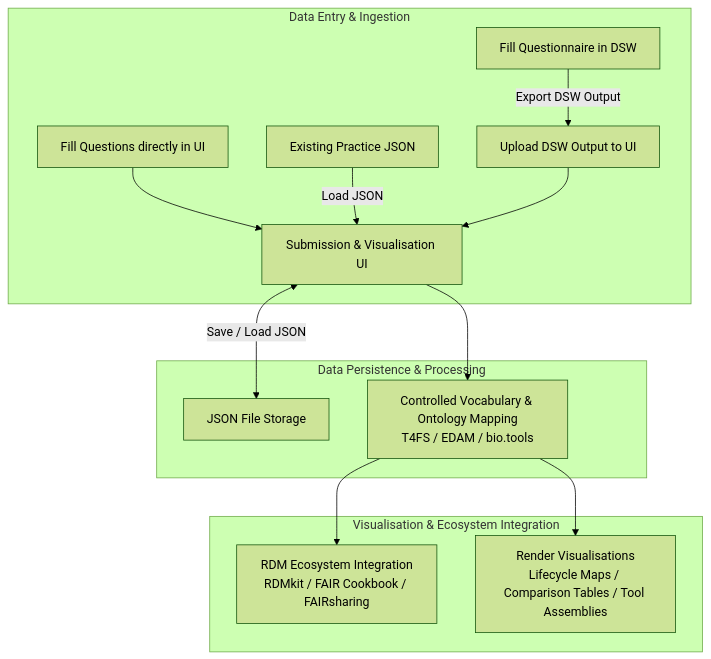
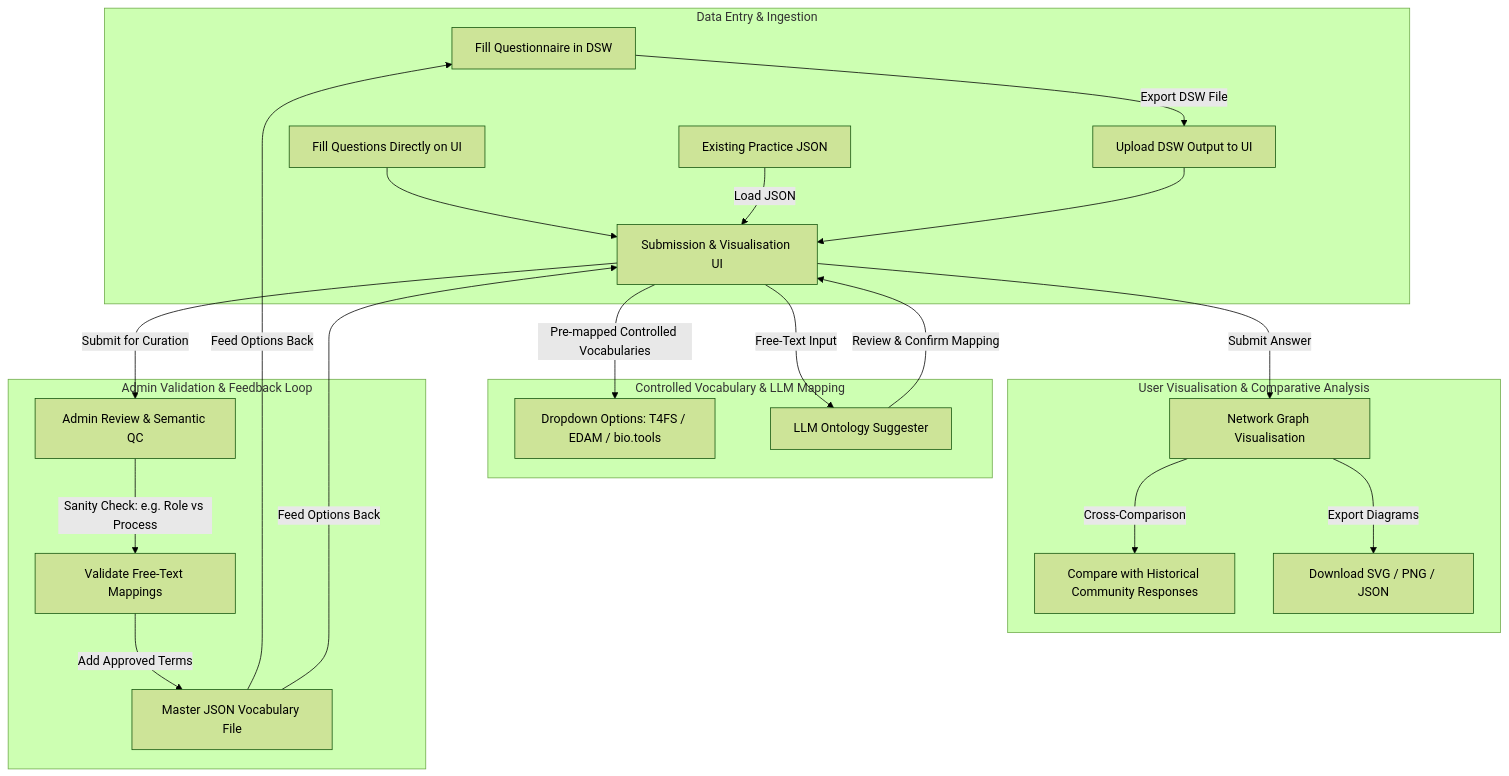
The first of 2 diagrams in paper/paper.md (tabbassidaloii/elixir_biohackathon_2026_no5), drawn with Mermaid (forest theme) before and after one commit.

Commit message:
Update mermaid diagram for data flow and processing

````diff
--- a/paper/paper.md
+++ b/paper/paper.md
@@ -55,19 +55,29 @@
 ```mermaid
 graph TD;
     subgraph Data Entry & Ingestion
-        A1[Fill Questionnaire in DSW] -->|Export DSW Output| B1[Upload DSW Output to UI]
-        A2[Fill Questions directly in UI] --> C[Submission & Visualisation UI]
+        A1[Fill Questionnaire in DSW] -->|Export DSW File| B1[Upload DSW Output to UI]
+        A2[Fill Questions Directly on UI] --> C[Submission & Visualisation UI]
         A3[Existing Practice JSON] -->|Load JSON| C
         B1 --> C
     end
 
-    subgraph Data Persistence & Processing
-        C <-->|Save / Load JSON| D1[JSON File Storage]
-        C --> D2[Controlled Vocabulary & Ontology Mapping<br/>T4FS / EDAM / bio.tools]
+    subgraph Controlled Vocabulary & LLM Mapping
+        C -->|Pre-mapped Controlled Vocabularies| D1[Dropdown Options: T4FS / EDAM / bio.tools]
+        C -->|Free-Text Input| D2[LLM Ontology Suggester]
+        D2 -->|Review & Confirm Mapping| C
     end
 
-    subgraph Visualisation & Ecosystem Integration
-        D2 --> E1[RDM Ecosystem Integration<br/>RDMkit / FAIR Cookbook / FAIRsharing]
-        D2 --> E2[Render Visualisations<br/>Lifecycle Maps / Comparison Tables / Tool Assemblies]
+    subgraph User Visualisation & Comparative Analysis
+        C -->|Submit Answer| E1[Network Graph Visualisation]
+        E1 -->|Cross-Comparison| E2[Compare with Historical Community Responses]
+        E1 -->|Export Diagrams| E3[Download SVG / PNG / JSON]
+    end
+
+    subgraph Admin Validation & Feedback Loop
+        C -->|Submit for Curation| F1[Admin Review & Semantic QC]
+        F1 -->|Sanity Check: e.g. Role vs Process| F2[Validate Free-Text Mappings]
+        F2 -->|Add Approved Terms| F3[Master JSON Vocabulary File]
+        F3 -->|Feed Options Back| A1
+        F3 -->|Feed Options Back| C
     end
 ```
````
